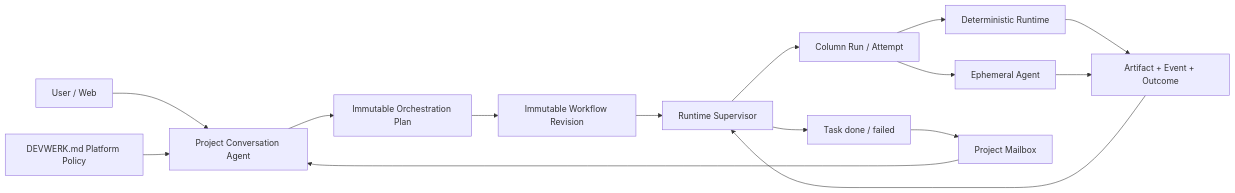
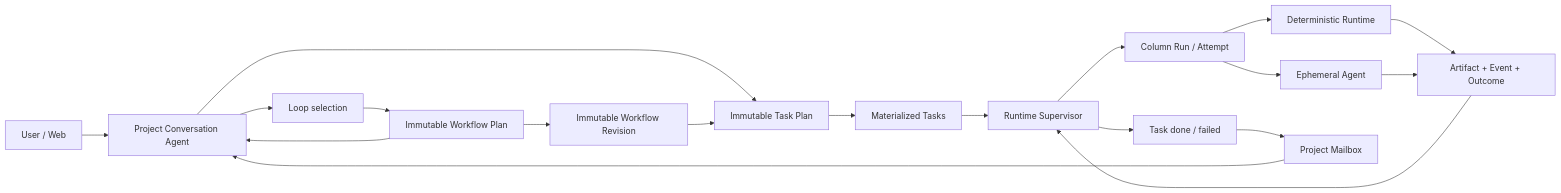
One commit to zanghongtu2006/DevWerk changed the diagram in DevWerk/README.md. Above: the diagram before and after it, drawn with Mermaid. The commit also changed other lines of this file and 29 other files, not shown here.

Commit message:
feat: separate workflow methods from task plans

````diff
--- a/DevWerk/README.md
+++ b/DevWerk/README.md
@@ -20,17 +21,21 @@
 ```mermaid
 flowchart LR
     U["User / Web"] --> C["Project Conversation Agent"]
     P["DEVWERK.md Platform Policy"] --> C
-    C --> O["Immutable Orchestration Plan"]
-    O --> W["Immutable Workflow Revision"]
-    W --> S["Runtime Supervisor"]
+    C --> L["Loop selection"]
+    L --> P["Immutable Workflow Plan"]
+    P --> W["Immutable Workflow Revision"]
+    C --> TP["Immutable Task Plan"]
+    W --> TP
+    TP --> TSK["Materialized Tasks"]
+    TSK --> S["Runtime Supervisor"]
     S --> R["Column Run / Attempt"]
     R --> D["Deterministic Runtime"]
     R --> A["Ephemeral Agent"]
     D --> E["Artifact + Event + Outcome"]
     A --> E
     E --> S
     S --> T["Task done / failed"]
     T --> M["Project Mailbox"]
     M --> C
 ```
````
